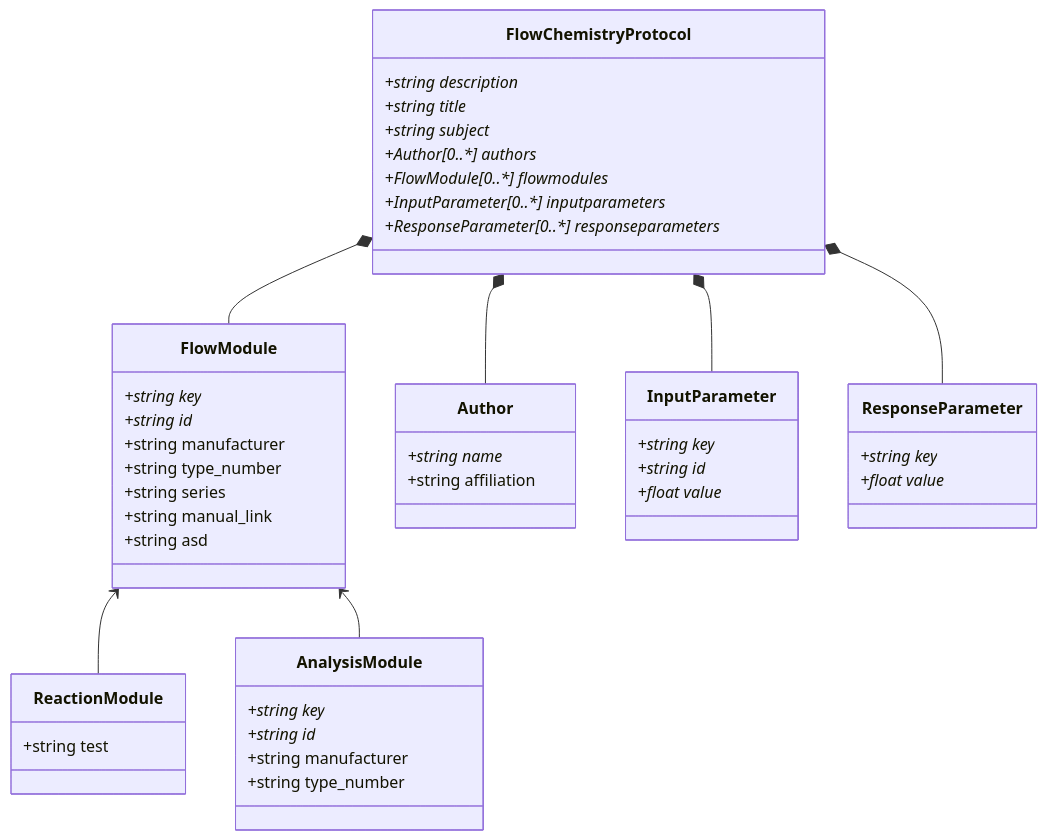
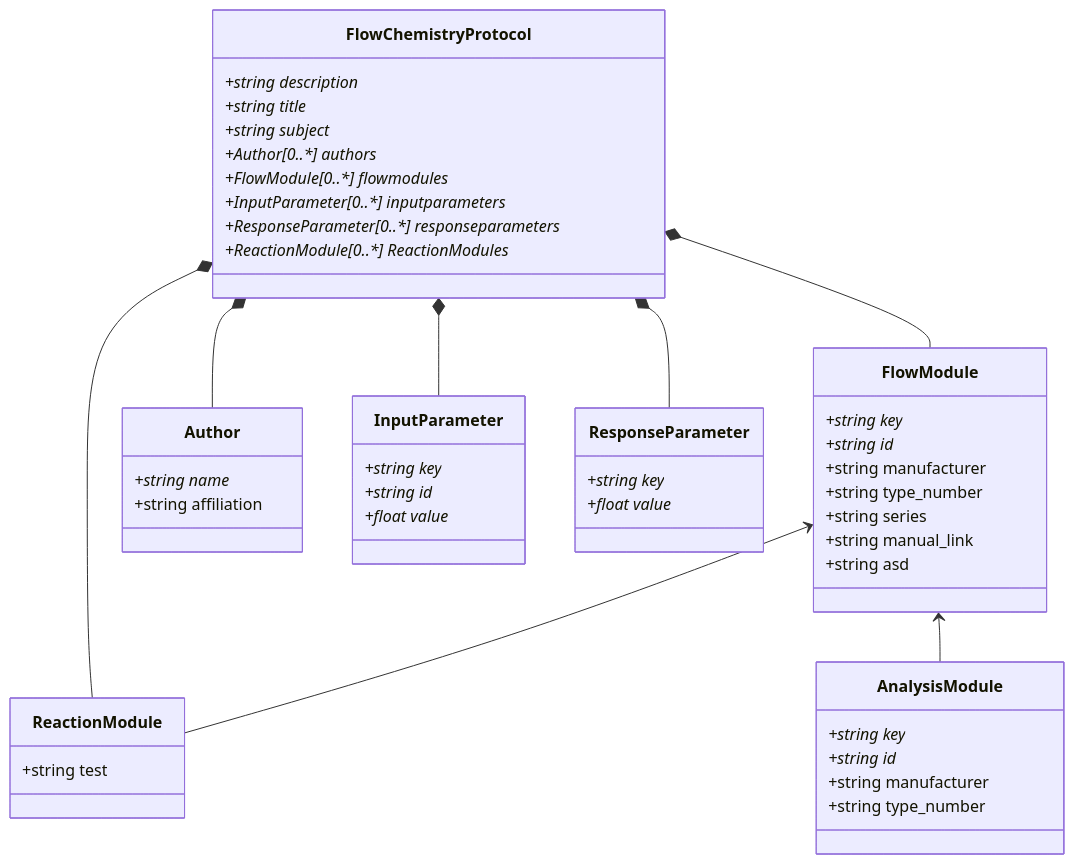
The diagram in pyDataset/schemes/Dataset.md (C-Kessler/sdrdm-flowchem-B2), drawn with Mermaid before and after one commit. The commit also changed 4 other files, not shown here.

````diff
--- a/pyDataset/schemes/Dataset.md
+++ b/pyDataset/schemes/Dataset.md
@@ -1,57 +1,59 @@
 ```mermaid
 classDiagram
     FlowModule <-- ReactionModule
     FlowModule <-- AnalysisModule
     FlowChemistryProtocol *-- Author
     FlowChemistryProtocol *-- FlowModule
     FlowChemistryProtocol *-- InputParameter
     FlowChemistryProtocol *-- ResponseParameter
+    FlowChemistryProtocol *-- ReactionModule
     
     class FlowChemistryProtocol {
         +string description*
         +string title*
         +string subject*
         +Author[0..*] authors*
         +FlowModule[0..*] flowmodules*
         +InputParameter[0..*] inputparameters*
         +ResponseParameter[0..*] responseparameters*
+        +ReactionModule[0..*] ReactionModules*
     }
     
     class Author {
         +string name*
         +string affiliation
     }
     
     class FlowModule {
         +string key*
         +string id*
         +string manufacturer
         +string type_number
         +string series
         +string manual_link
         +string asd
     }
     
     class ReactionModule {
         +string test
     }
     
     class AnalysisModule {
         +string key*
         +string id*
         +string manufacturer
         +string type_number
     }
     
     class InputParameter {
         +string key*
         +string id*
         +float value*
     }
     
     class ResponseParameter {
         +string key*
         +float value*
     }
     
 ```
````
